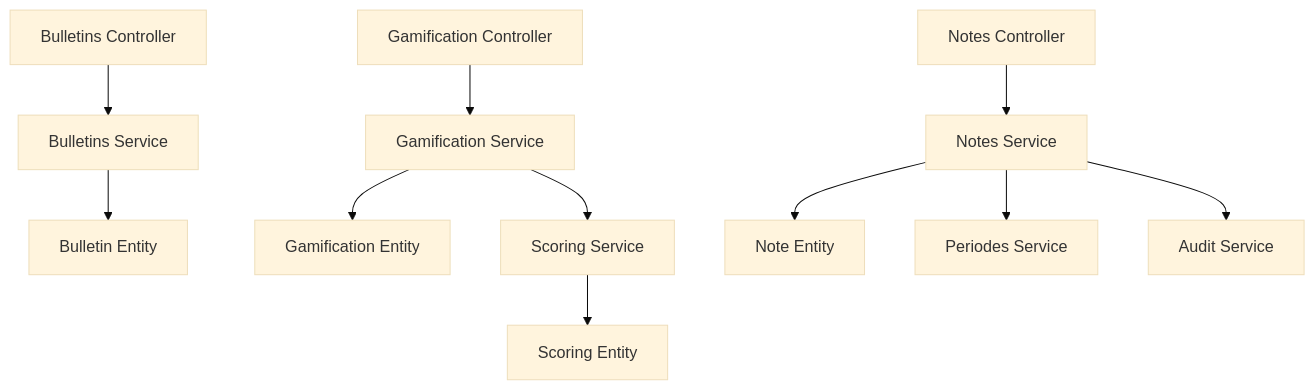
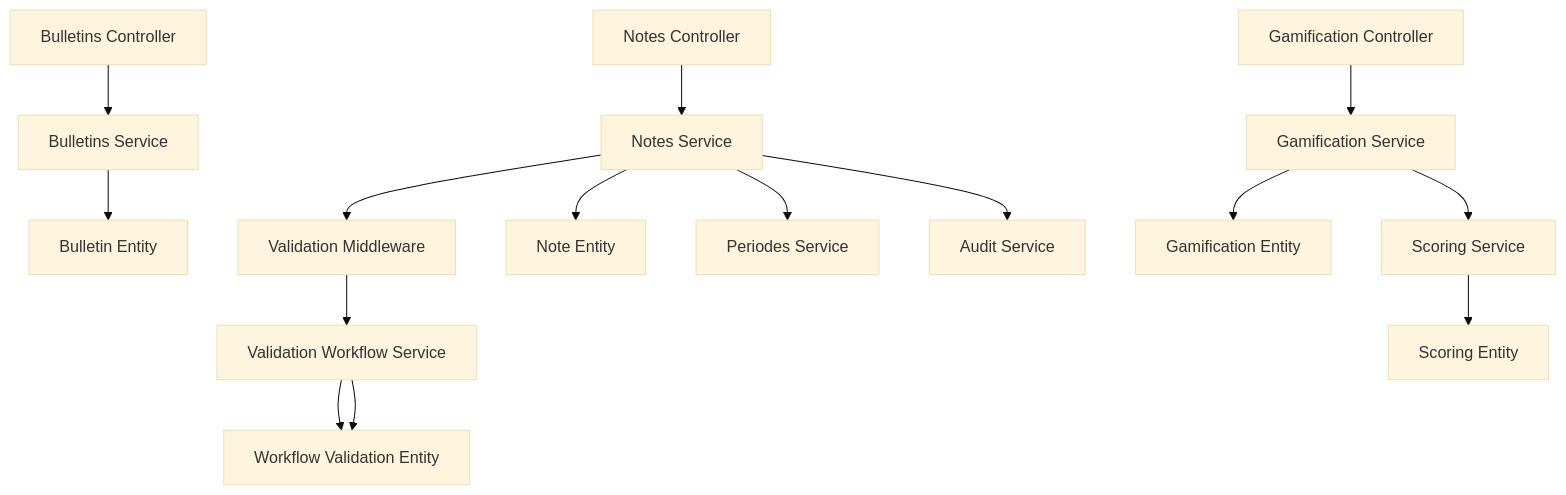
The seventh of 7 diagrams in .qoder/repowiki/en/content/Backend API Documentation/Grading System API.md (franckylab/eLISAschool), drawn with Mermaid (base theme) before and after one commit. The commit also changed other lines of this file and 358 other files, not shown here.

First line of the commit message:
feat(validation): intégrer le système de workflow de validation

````diff
--- a/.qoder/repowiki/en/content/Backend API Documentation/Grading System API.md
+++ b/.qoder/repowiki/en/content/Backend API Documentation/Grading System API.md
@@ -351,13 +442,17 @@
 ```mermaid
 graph TB
 NotesCtrl["Notes Controller"] --> NotesSvc["Notes Service"]
+NotesSvc --> ValidationMiddleware["Validation Middleware"]
+ValidationMiddleware --> ValidationSvc["Validation Workflow Service"]
 BulletinsCtrl["Bulletins Controller"] --> BulletinsSvc["Bulletins Service"]
 GamificationCtrl["Gamification Controller"] --> GamificationSvc["Gamification Service"]
 NotesSvc --> NotesEntity["Note Entity"]
 BulletinsSvc --> BulletinEntity["Bulletin Entity"]
 GamificationSvc --> GamificationEntity["Gamification Entity"]
 GamificationSvc --> ScoringSvc["Scoring Service"]
+ValidationSvc --> WorkflowEntity["Workflow Validation Entity"]
 ScoringSvc --> ScoringEntity["Scoring Entity"]
 NotesSvc --> PeriodesSvc["Periodes Service"]
 NotesSvc --> AuditSvc["Audit Service"]
+ValidationSvc --> WorkflowEntity
 ```
````
